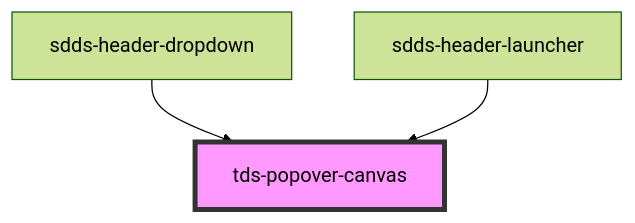
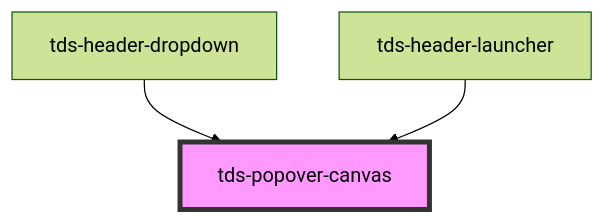
Before and after one commit to scania-digital-design-system/tegel: the diagram in core/src/components/popover-canvas/readme.md, drawn with Mermaid (forest theme). The commit also changed other lines of this file and 73 other files, not shown here.

````diff
--- a/core/src/components/popover-canvas/readme.md
+++ b/core/src/components/popover-canvas/readme.md
@@ -29,6 +29,6 @@
 ```mermaid
 graph TD;
-  sdds-header-dropdown --> tds-popover-canvas
-  sdds-header-launcher --> tds-popover-canvas
+  tds-header-dropdown --> tds-popover-canvas
+  tds-header-launcher --> tds-popover-canvas
   style tds-popover-canvas fill:#f9f,stroke:#333,stroke-width:4px
 ```
````
